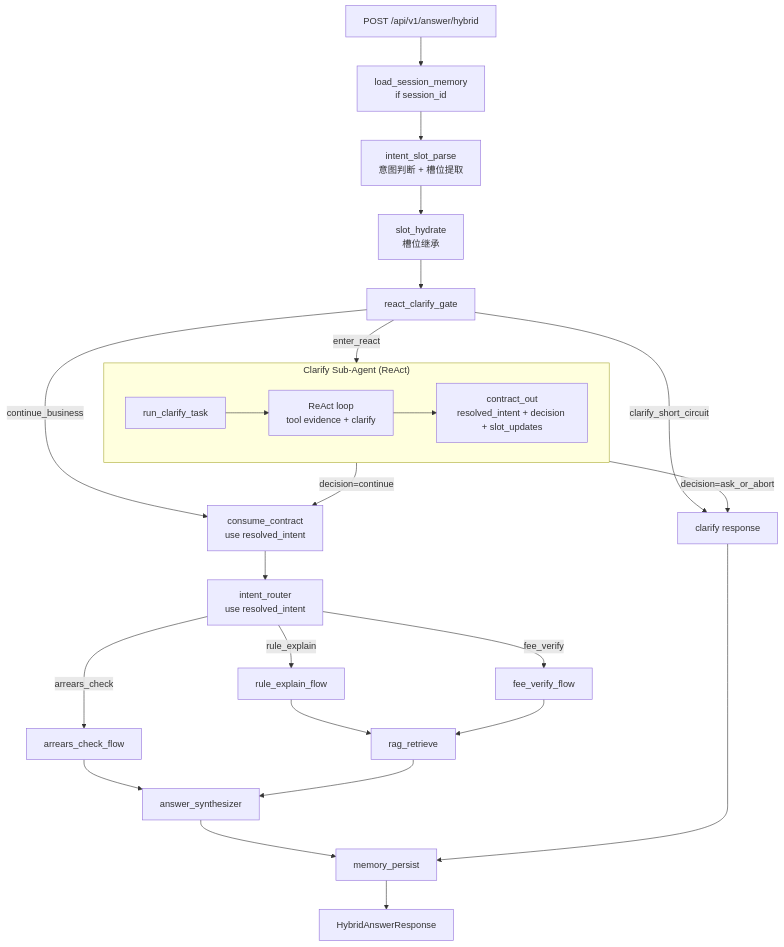
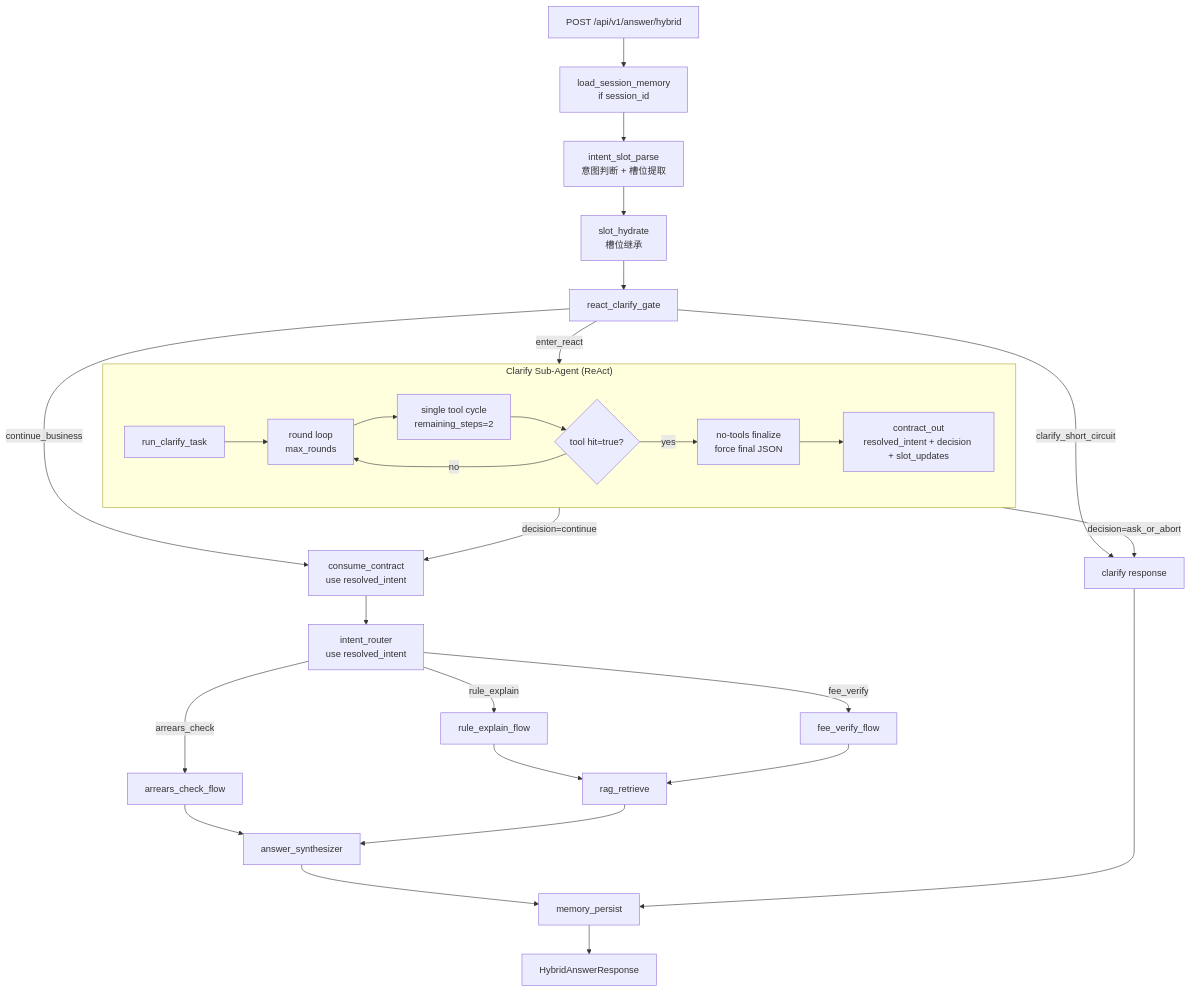
One commit to newgpp/agent-parksuit changed the diagram in README.md. Above: the diagram before and after it, drawn with Mermaid. The commit also changed other lines of this file and 1 other file, not shown here.

Commit message:
Document RAG-013 react graph refinement and flow update

````diff
--- a/README.md
+++ b/README.md
@@ -13,32 +13,37 @@
 ```mermaid
 flowchart TD
     A["POST /api/v1/answer/hybrid"] --> M["load_session_memory<br/>if session_id"]
     M --> P1["intent_slot_parse<br/>意图判断 + 槽位提取"]
     P1 --> P2["slot_hydrate<br/>槽位继承"]
     P2 --> GATE["react_clarify_gate"]
 
     subgraph SA["Clarify Sub-Agent (ReAct)"]
       R0["run_clarify_task"]
-      R1["ReAct loop<br/>tool evidence + clarify"]
+      R1["round loop<br/>max_rounds"]
+      R11["single tool cycle<br/>remaining_steps=2"]
+      R12{"tool hit=true?"}
+      R13["no-tools finalize<br/>force final JSON"]
       R2["contract_out<br/>resolved_intent + decision + slot_updates"]
-      R0 --> R1 --> R2
+      R0 --> R1 --> R11 --> R12
+      R12 -->|yes| R13 --> R2
+      R12 -->|no| R1
     end
 
     GATE -->|clarify_short_circuit| X["clarify response"]
     GATE -->|enter_react| SA
     SA -->|decision=ask_or_abort| X
     SA -->|decision=continue| COUT["consume_contract<br/>use resolved_intent"]
     GATE -->|continue_business| COUT
     COUT --> B["intent_router<br/>use resolved_intent"]
     B -->|rule_explain| C["rule_explain_flow"]
     B -->|arrears_check| D["arrears_check_flow"]
     B -->|fee_verify| E["fee_verify_flow"]
 
     C --> F["rag_retrieve"]
     E --> F
     D --> SYN["answer_synthesizer"]
     F --> SYN
     SYN --> MP["memory_persist"]
     X --> MP
     MP --> H["HybridAnswerResponse"]
 ```
````
